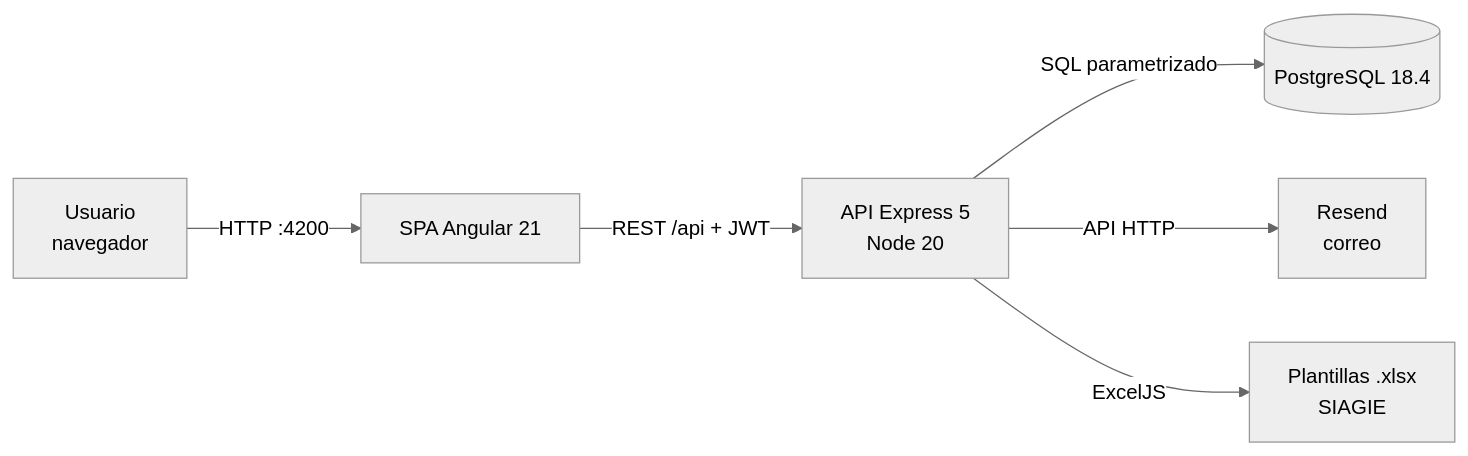
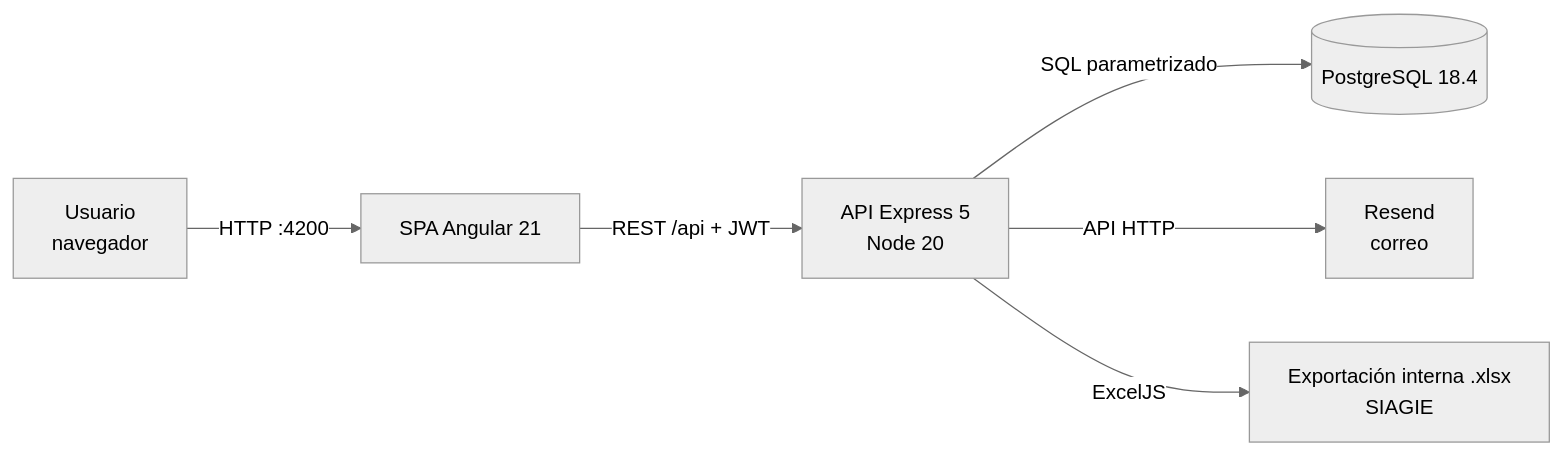
Before and after one commit to Yarol-Bello/siga-uc: the first of 3 diagrams in documentacion/02-ARQUITECTURA-Y-PATRONES.md, drawn with Mermaid (neutral theme). The commit also changed other lines of this file and 22 other files, not shown here.

````diff
--- a/documentacion/02-ARQUITECTURA-Y-PATRONES.md
+++ b/documentacion/02-ARQUITECTURA-Y-PATRONES.md
@@ -7,8 +7,8 @@
 ```mermaid
 flowchart LR
     U[Usuario<br/>navegador] -->|HTTP :4200| FE[SPA Angular 21]
     FE -->|REST /api + JWT| BE[API Express 5<br/>Node 20]
     BE -->|SQL parametrizado| DB[(PostgreSQL 18.4)]
     BE -->|API HTTP| RS[Resend<br/>correo]
-    BE -->|ExcelJS| XLS[Plantillas .xlsx<br/>SIAGIE]
+    BE -->|ExcelJS| XLS[Exportación interna .xlsx<br/>SIAGIE]
 ```
````
